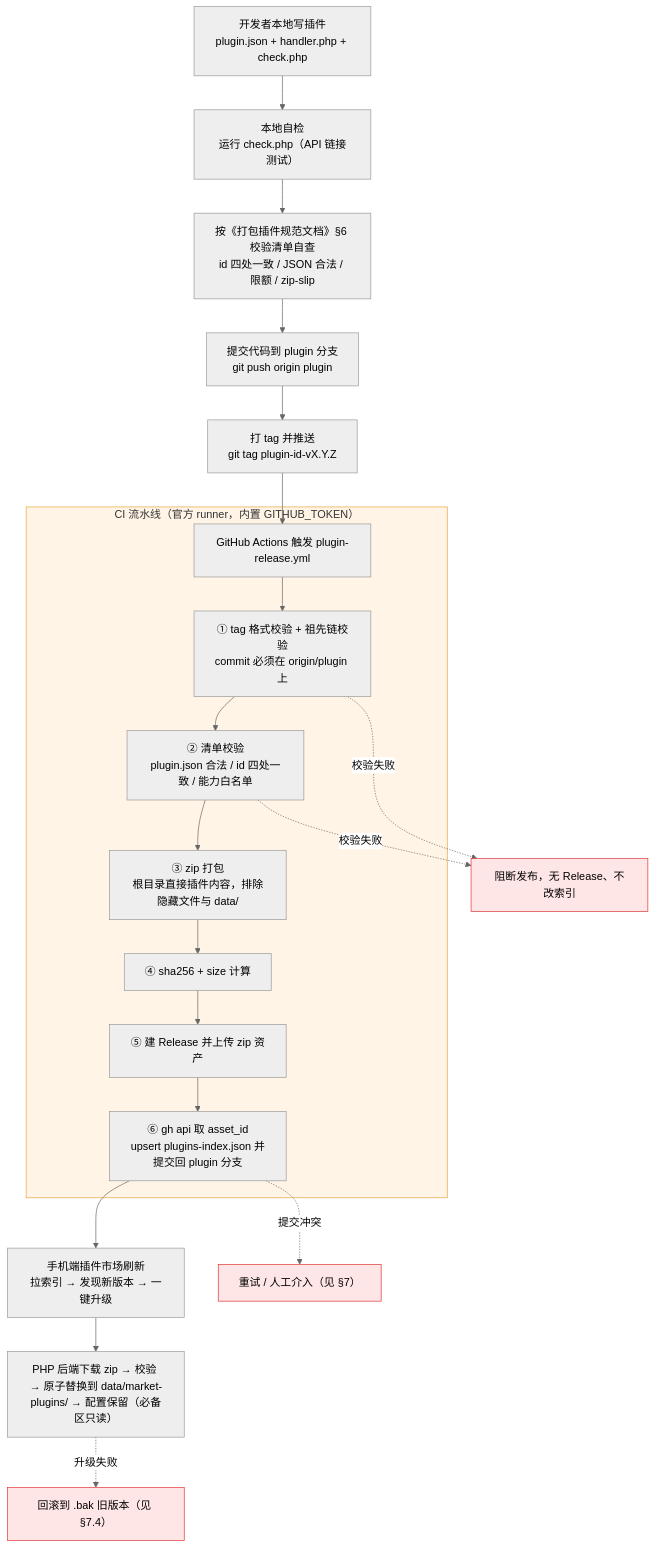
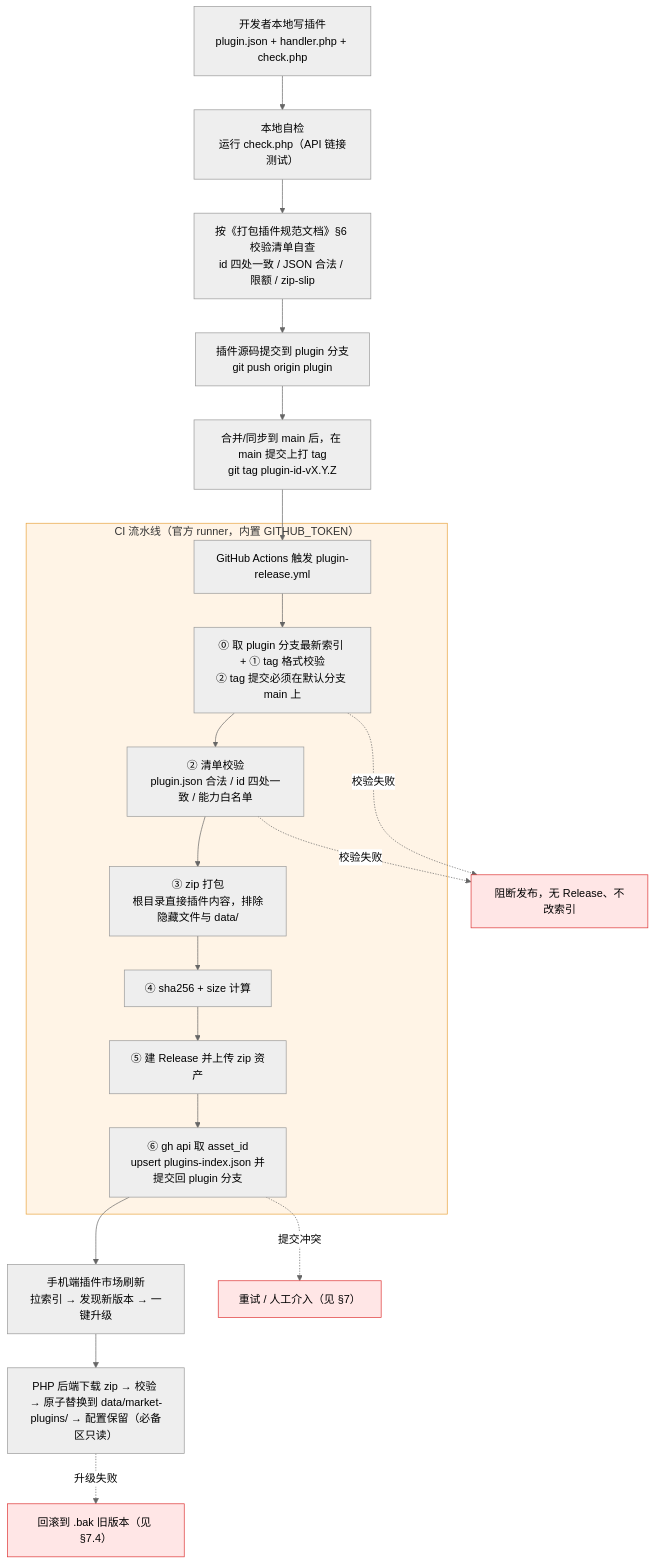
The first of 3 diagrams in docs/打包工作流文档.md (c1as/baogong-system), drawn with Mermaid (neutral theme) before and after one commit. The commit also changed other lines of this file, not shown here.

Commit message:
docs: 插件发布改为在 main 提交打标签，补充逐个推送与索引回写说明

````diff
--- a/docs/打包工作流文档.md
+++ b/docs/打包工作流文档.md
@@ -18,30 +18,30 @@
 ```mermaid
 flowchart TD
     A["开发者本地写插件<br/>plugin.json + handler.php + check.php"] --> B["本地自检<br/>运行 check.php（API 链接测试）"]
     B --> C["按《打包插件规范文档》§6 校验清单自查<br/>id 四处一致 / JSON 合法 / 限额 / zip-slip"]
-    C --> D["提交代码到 plugin 分支<br/>git push origin plugin"]
-    D --> E["打 tag 并推送<br/>git tag plugin-id-vX.Y.Z"]
+    C --> D["插件源码提交到 plugin 分支<br/>git push origin plugin"]
+    D --> E["合并/同步到 main 后，在 main 提交上打 tag<br/>git tag plugin-id-vX.Y.Z"]
     E --> F["GitHub Actions 触发 plugin-release.yml"]
 
     subgraph CI["CI 流水线（官方 runner，内置 GITHUB_TOKEN）"]
-        F --> G["① tag 格式校验 + 祖先链校验<br/>commit 必须在 origin/plugin 上"]
+        F --> G["⓪ 取 plugin 分支最新索引 + ① tag 格式校验<br/>② tag 提交必须在默认分支 main 上"]
         G --> H["② 清单校验<br/>plugin.json 合法 / id 四处一致 / 能力白名单"]
         H --> I["③ zip 打包<br/>根目录直接插件内容，排除隐藏文件与 data/"]
         I --> J["④ sha256 + size 计算"]
         J --> K["⑤ 建 Release 并上传 zip 资产"]
         K --> L["⑥ gh api 取 asset_id<br/>upsert plugins-index.json 并提交回 plugin 分支"]
     end
 
     L --> M["手机端插件市场刷新<br/>拉索引 → 发现新版本 → 一键升级"]
     M --> N["PHP 后端下载 zip → 校验 → 原子替换到 data/market-plugins/ → 配置保留（必备区只读）"]
 
     G -.校验失败.-> X["阻断发布，无 Release、不改索引"]
     H -.校验失败.-> X
     L -.提交冲突.-> Y["重试 / 人工介入（见 §7）"]
     N -.升级失败.-> Z["回滚到 .bak 旧版本（见 §7.4）"]
 
     style CI fill:#fff4e6,stroke:#e8a33d
     style X fill:#ffe6e6,stroke:#d33
     style Y fill:#ffe6e6,stroke:#d33
     style Z fill:#ffe6e6,stroke:#d33
 ```
````
